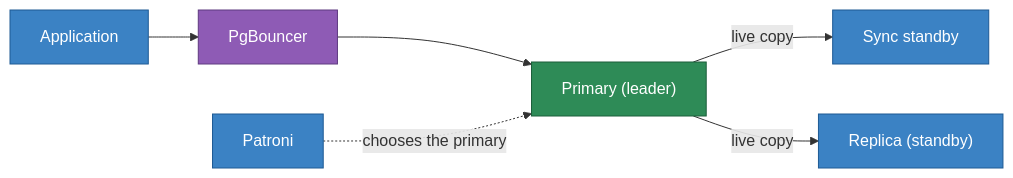
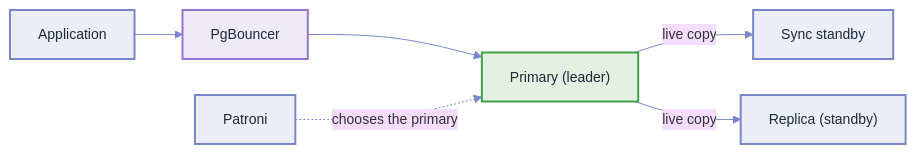
Before and after one commit to AdityaPanchall/keenpg-documentation: the second of 8 diagrams in docs/console.md, drawn with Mermaid. The commit also changed other lines of this file and 8 other files, not shown here.

````diff
--- a/docs/console.md
+++ b/docs/console.md
@@ -159,15 +132,16 @@
 ```mermaid
+%%{init: {'theme': 'base', 'themeVariables': {'fontSize': '14px', 'lineColor': '#7986cb'}, 'flowchart': {'nodeSpacing': 36, 'rankSpacing': 48, 'padding': 14}}}%%
 flowchart LR
     App["Application"] --> PB["PgBouncer"]
     PB --> P["Primary (leader)"]
     P -->|"live copy"| S["Sync standby"]
     P -->|"live copy"| R["Replica (standby)"]
     PAT["Patroni"] -. "chooses the primary" .-> P
 
-    classDef step fill:#3b82c4,stroke:#1e5a94,color:#fff
-    classDef ok fill:#2e8b57,stroke:#1c5e3a,color:#fff
-    classDef opt fill:#8e5bb5,stroke:#5f3a80,color:#fff
+    classDef step fill:#7986cb26,stroke:#7986cb,stroke-width:2px,color:#1f2937
+    classDef ok fill:#43a04726,stroke:#43a047,stroke-width:2px,color:#1f2937
+    classDef opt fill:#9575cd26,stroke:#9575cd,stroke-width:2px,color:#1f2937
     class App,S,R,PAT step
     class P ok
     class PB opt
 ```
````
